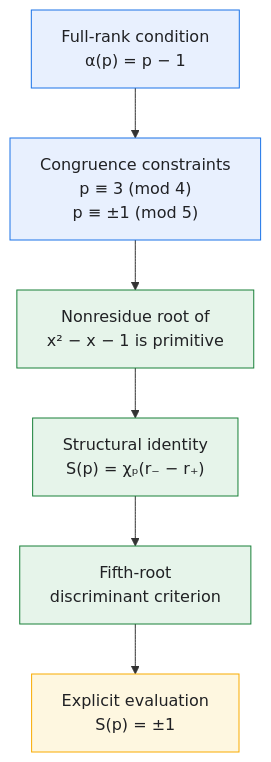
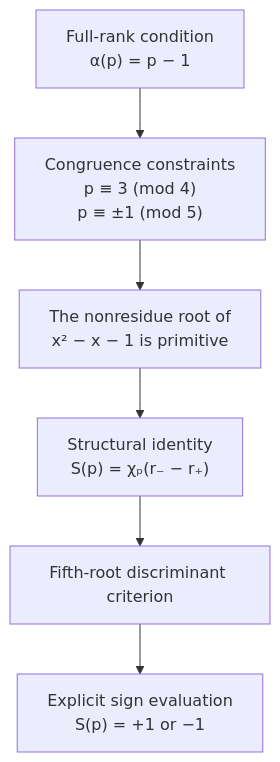
Before and after one commit to Majid-Ghandali/fibonacci-character-sum-full-rank: the diagram in README.md, drawn with Mermaid. The commit also changed other lines of this file, not shown here.

````diff
--- a/README.md
+++ b/README.md
@@ -124,23 +128,15 @@
 ```mermaid
 flowchart TD
     A["Full-rank condition<br/>α(p) = p − 1"]
     B["Congruence constraints<br/>p ≡ 3 (mod 4)<br/>p ≡ ±1 (mod 5)"]
-    C["Nonresidue root of<br/>x² − x − 1 is primitive"]
+    C["The nonresidue root of<br/>x² − x − 1 is primitive"]
     D["Structural identity<br/>S(p) = χₚ(r₋ − r₊)"]
-    E["Fifth-root<br/>discriminant criterion"]
-    F["Explicit evaluation<br/>S(p) = ±1"]
+    E["Fifth-root discriminant criterion"]
+    F["Explicit sign evaluation<br/>S(p) = +1 or −1"]
 
     A --> B
     B --> C
     C --> D
     D --> E
     E --> F
-
-    classDef condition fill:#E8F0FE,stroke:#1A73E8,color:#202124;
-    classDef mechanism fill:#E6F4EA,stroke:#188038,color:#202124;
-    classDef conclusion fill:#FEF7E0,stroke:#F9AB00,color:#202124;
-
-    class A,B condition;
-    class C,D,E mechanism;
-    class F conclusion;
 ```
````
